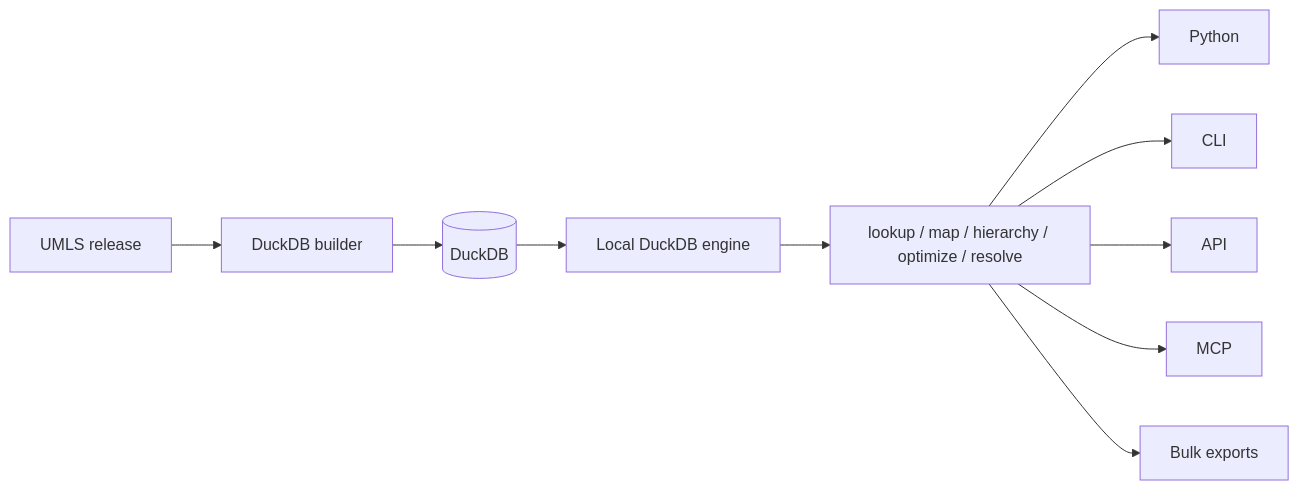
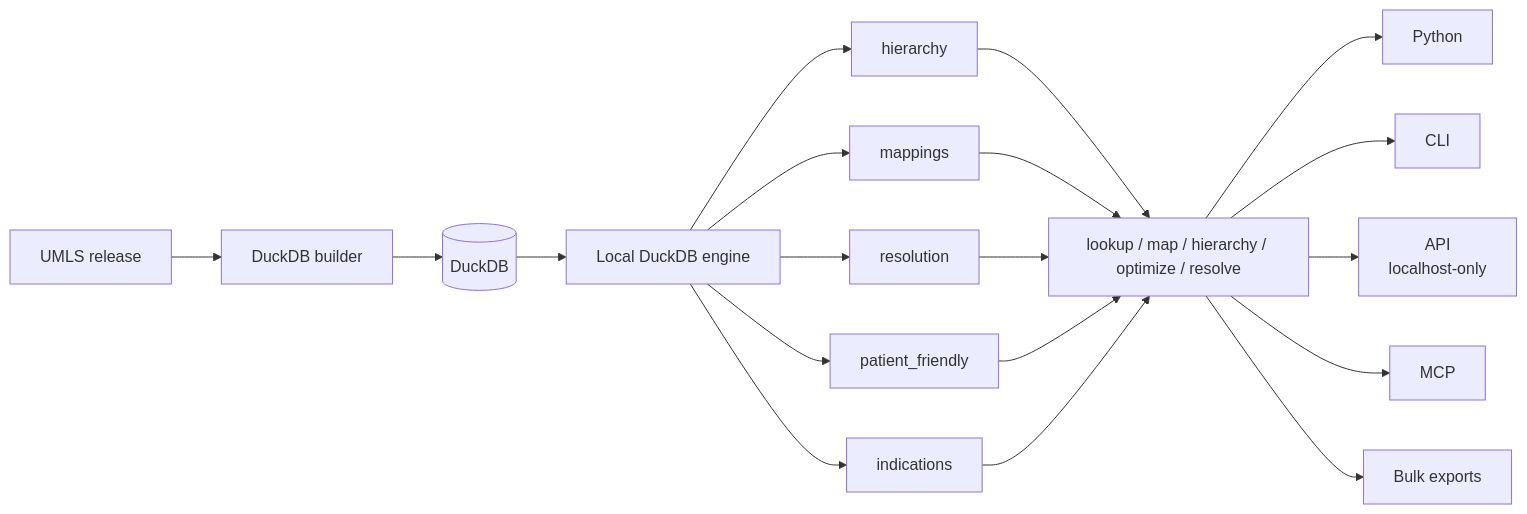
One commit to fhir4ds/medterm4ds changed the diagram in web/website/docs/getting-started/architecture.md. Above: the diagram before and after it, drawn with Mermaid. The commit also changed other lines of this file and 10 other files, not shown here.

````diff
--- a/web/website/docs/getting-started/architecture.md
+++ b/web/website/docs/getting-started/architecture.md
@@ -7,12 +7,17 @@
 ```mermaid
 flowchart LR
   UMLS[UMLS release] --> Build[DuckDB builder]
   Build --> DuckDB[(DuckDB)]
   DuckDB --> Engine[Local DuckDB engine]
-  Engine --> Services[lookup / map / hierarchy / optimize / resolve]
+  Engine --> Hierarchy[hierarchy]
+  Engine --> Mappings[mappings]
+  Engine --> Resolution[resolution]
+  Engine --> PF[patient_friendly]
+  Engine --> Indications[indications]
+  Hierarchy & Mappings & Resolution & PF & Indications --> Services[lookup / map / hierarchy / optimize / resolve]
   Services --> Python[Python]
   Services --> CLI[CLI]
-  Services --> API[API]
+  Services --> API[API<br/>localhost-only]
   Services --> MCP[MCP]
   Services --> Bulk[Bulk exports]
 ```
````
